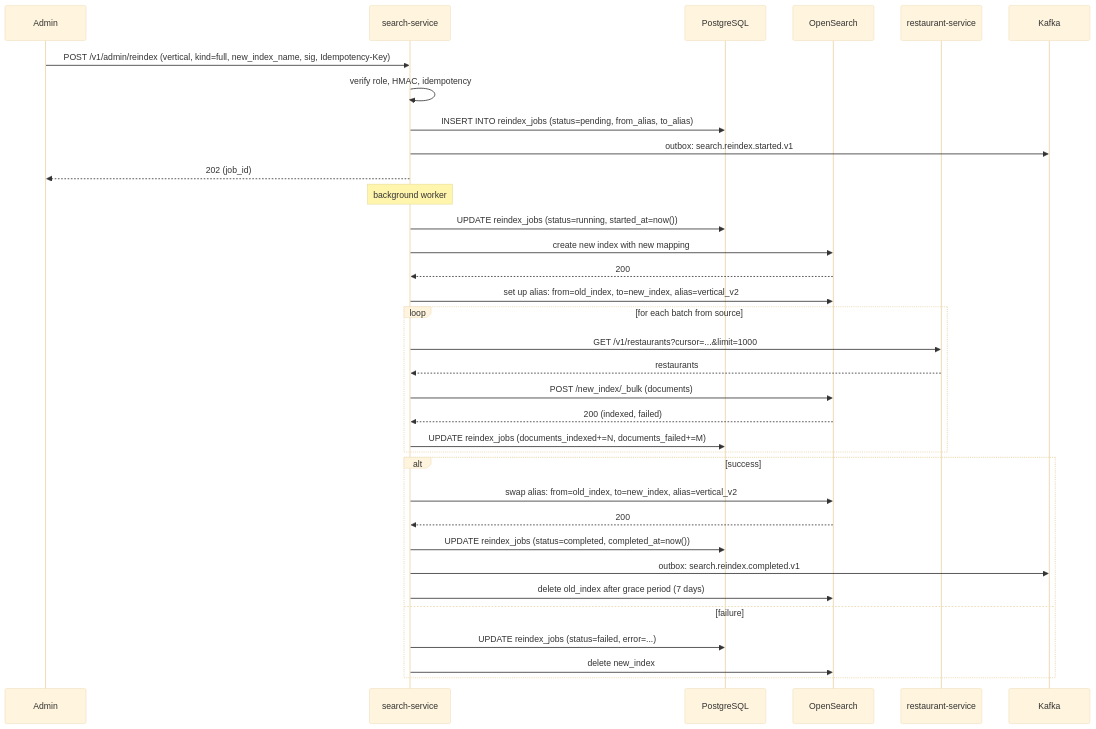
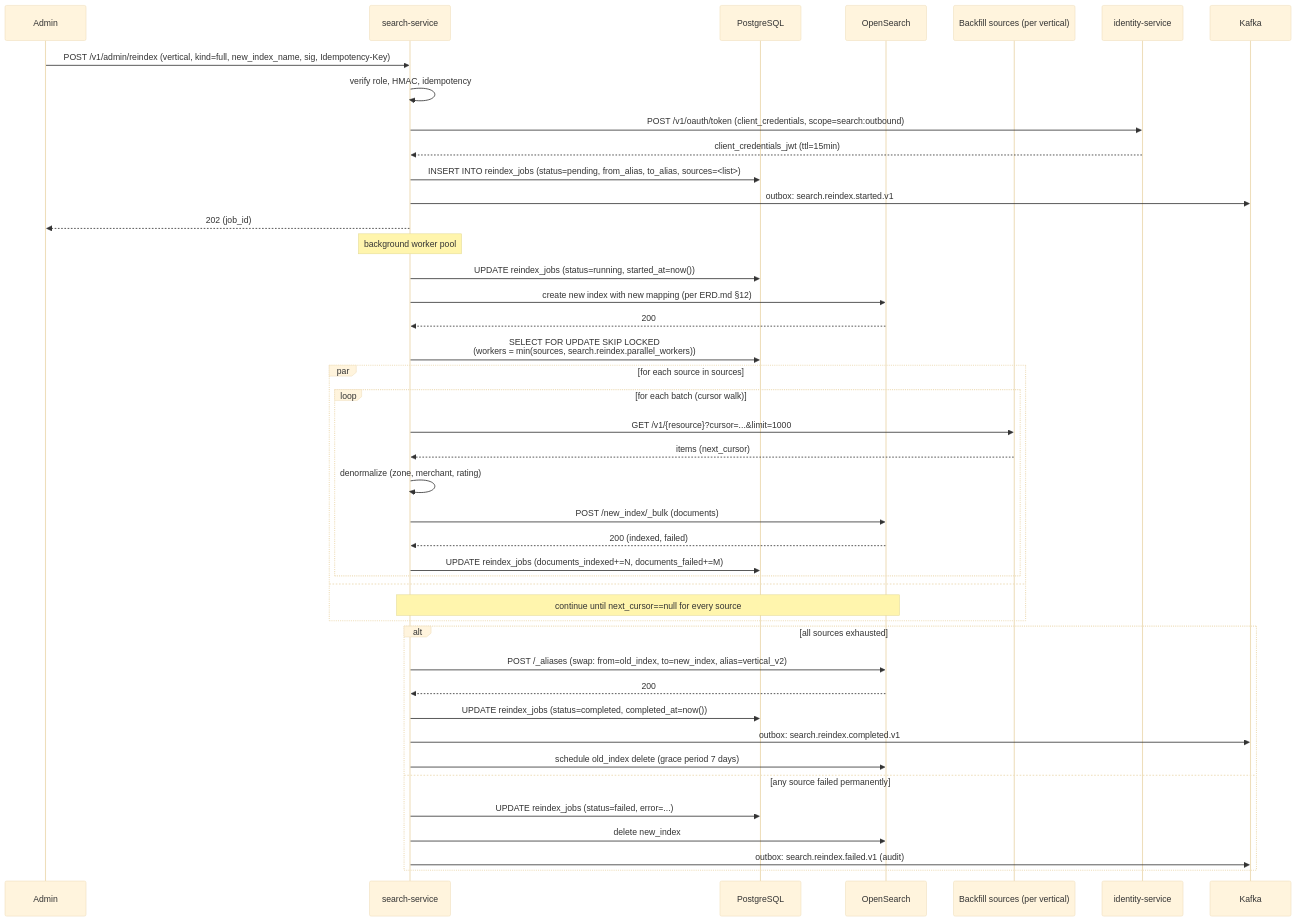
The fourth of 8 diagrams in docs/services/search-service/WORKFLOWS.md (mohamedhabibwork/trips-enjoy-docs), drawn with Mermaid (base theme) before and after one commit. The commit also changed other lines of this file and 201 other files, not shown here.

````diff
--- a/docs/services/search-service/WORKFLOWS.md
+++ b/docs/services/search-service/WORKFLOWS.md
@@ -255,37 +371,46 @@
 ```mermaid
 sequenceDiagram
     participant A as Admin
     participant S as search-service
     participant DB as PostgreSQL
     participant OS as OpenSearch
-    participant R as restaurant-service
+    participant SRC as Backfill sources (per vertical)
+    participant ID as identity-service
     participant K as Kafka
 
     A->>S: POST /v1/admin/reindex (vertical, kind=full, new_index_name, sig, Idempotency-Key)
     S->>S: verify role, HMAC, idempotency
-    S->>DB: INSERT INTO reindex_jobs (status=pending, from_alias, to_alias)
+    S->>ID: POST /v1/oauth/token (client_credentials, scope=search:outbound)
+    ID-->>S: client_credentials_jwt (ttl=15min)
+    S->>DB: INSERT INTO reindex_jobs (status=pending, from_alias, to_alias, sources=<list>)
     S->>K: outbox: search.reindex.started.v1
     S-->>A: 202 (job_id)
-    Note over S: background worker
+    Note over S: background worker pool
     S->>DB: UPDATE reindex_jobs (status=running, started_at=now())
-    S->>OS: create new index with new mapping
+    S->>OS: create new index with new mapping (per ERD.md §12)
     OS-->>S: 200
-    S->>OS: set up alias: from=old_index, to=new_index, alias=vertical_v2
-    loop for each batch from source
-        S->>R: GET /v1/restaurants?cursor=...&limit=1000
-        R-->>S: restaurants
-        S->>OS: POST /new_index/_bulk (documents)
-        OS-->>S: 200 (indexed, failed)
-        S->>DB: UPDATE reindex_jobs (documents_indexed+=N, documents_failed+=M)
+    S->>DB: SELECT FOR UPDATE SKIP LOCKED<br/>(workers = min(sources, search.reindex.parallel_workers))
+    par for each source in sources
+        loop for each batch (cursor walk)
+            S->>SRC: GET /v1/{resource}?cursor=...&limit=1000
+            SRC-->>S: items (next_cursor)
+            S->>S: denormalize (zone, merchant, rating)
+            S->>OS: POST /new_index/_bulk (documents)
+            OS-->>S: 200 (indexed, failed)
+            S->>DB: UPDATE reindex_jobs (documents_indexed+=N, documents_failed+=M)
+        end
+    and
+        Note over S,OS: continue until next_cursor==null for every source
     end
-    alt success
-        S->>OS: swap alias: from=old_index, to=new_index, alias=vertical_v2
+    alt all sources exhausted
+        S->>OS: POST /_aliases (swap: from=old_index, to=new_index, alias=vertical_v2)
         OS-->>S: 200
         S->>DB: UPDATE reindex_jobs (status=completed, completed_at=now())
         S->>K: outbox: search.reindex.completed.v1
-        S->>OS: delete old_index after grace period (7 days)
-    else failure
+        S->>OS: schedule old_index delete (grace period 7 days)
+    else any source failed permanently
         S->>DB: UPDATE reindex_jobs (status=failed, error=...)
         S->>OS: delete new_index
+        S->>K: outbox: search.reindex.failed.v1 (audit)
     end
 ```
````
